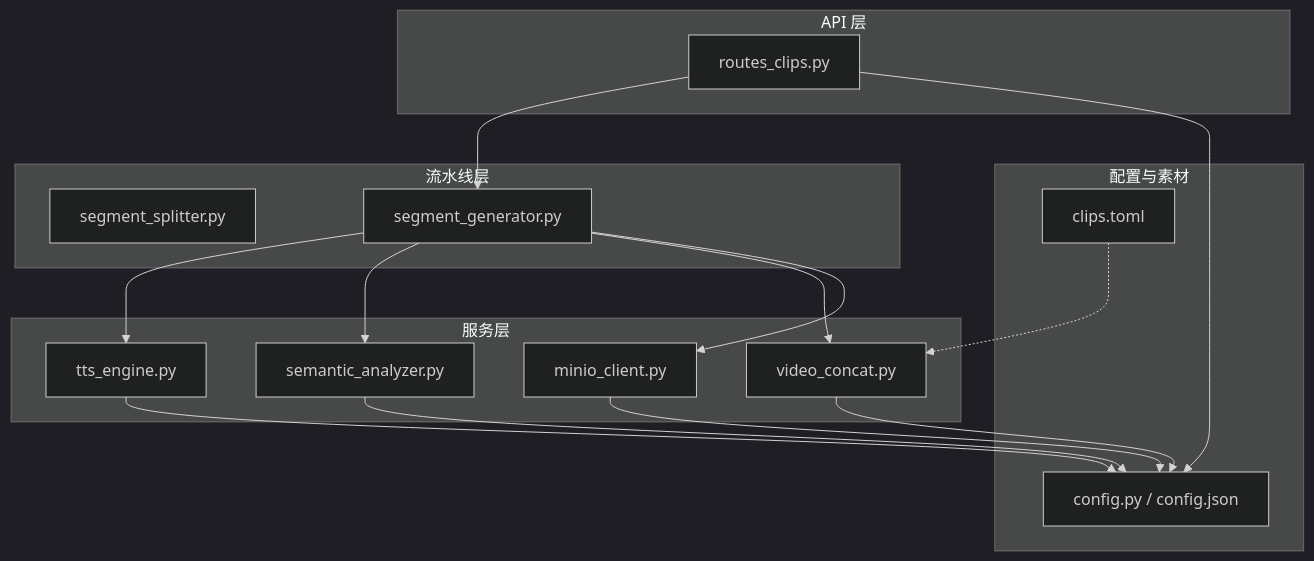
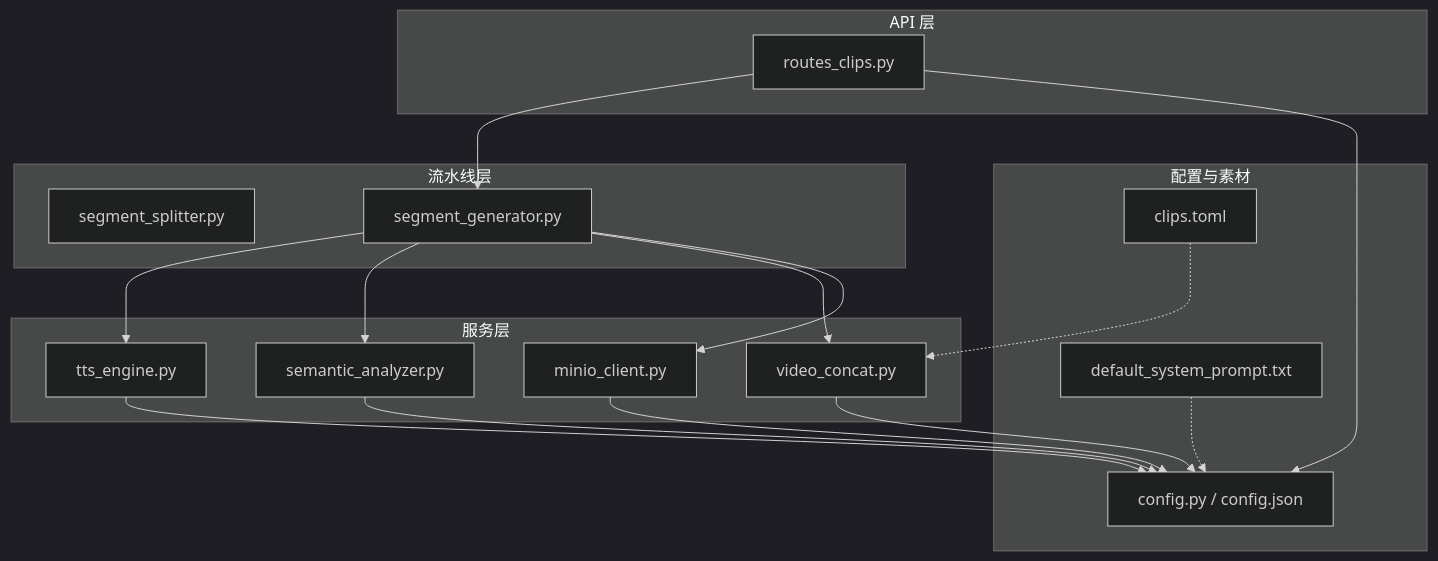
Before and after one commit to leo21cn/real-time-talk: the first of 6 diagrams in .qoder/repowiki/zh/content/后端服务/多媒体处理流水线/视频片段拼接.md, drawn with Mermaid (dark theme). The commit also changed other lines of this file and 9 other files, not shown here.

````diff
--- a/.qoder/repowiki/zh/content/后端服务/多媒体处理流水线/视频片段拼接.md
+++ b/.qoder/repowiki/zh/content/后端服务/多媒体处理流水线/视频片段拼接.md
@@ -40,31 +51,33 @@
 ```mermaid
 graph TB
 subgraph "API 层"
 R["routes_clips.py"]
 end
 subgraph "流水线层"
 SPLIT["segment_splitter.py"]
 GEN["segment_generator.py"]
 end
 subgraph "服务层"
 TTS["tts_engine.py"]
 SEM["semantic_analyzer.py"]
 CONCAT["video_concat.py"]
 MINIO["minio_client.py"]
 end
 subgraph "配置与素材"
 CFG["config.py / config.json"]
 CLIPS["clips.toml"]
+PROMPT["default_system_prompt.txt"]
 end
 R --> GEN
 GEN --> TTS
 GEN --> SEM
 GEN --> CONCAT
 GEN --> MINIO
 CONCAT --> CFG
 TTS --> CFG
 SEM --> CFG
 MINIO --> CFG
 R --> CFG
 CLIPS -.-> CONCAT
+PROMPT -.-> CFG
 ```
````
